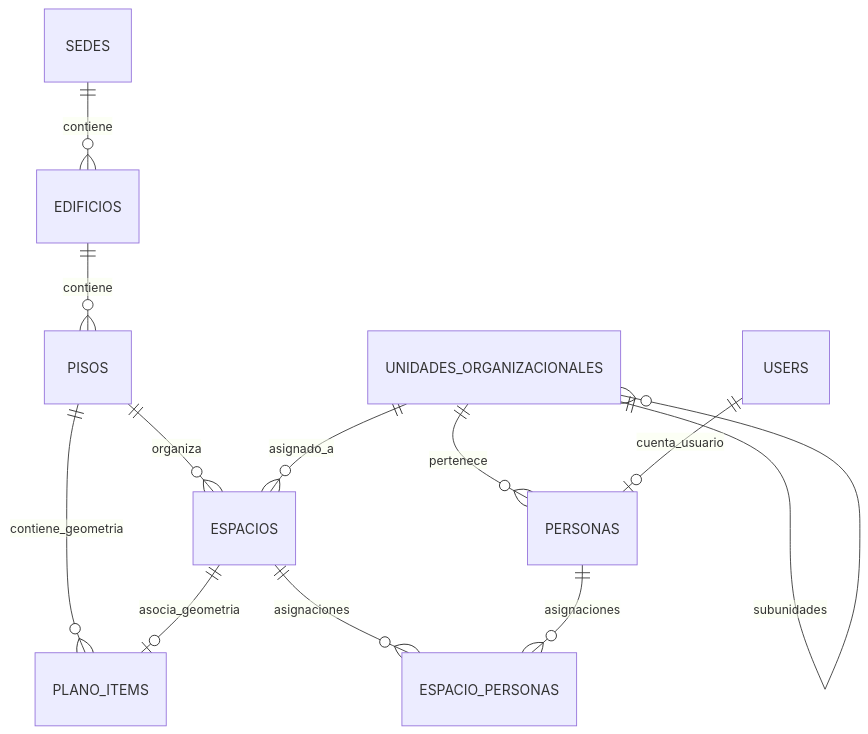
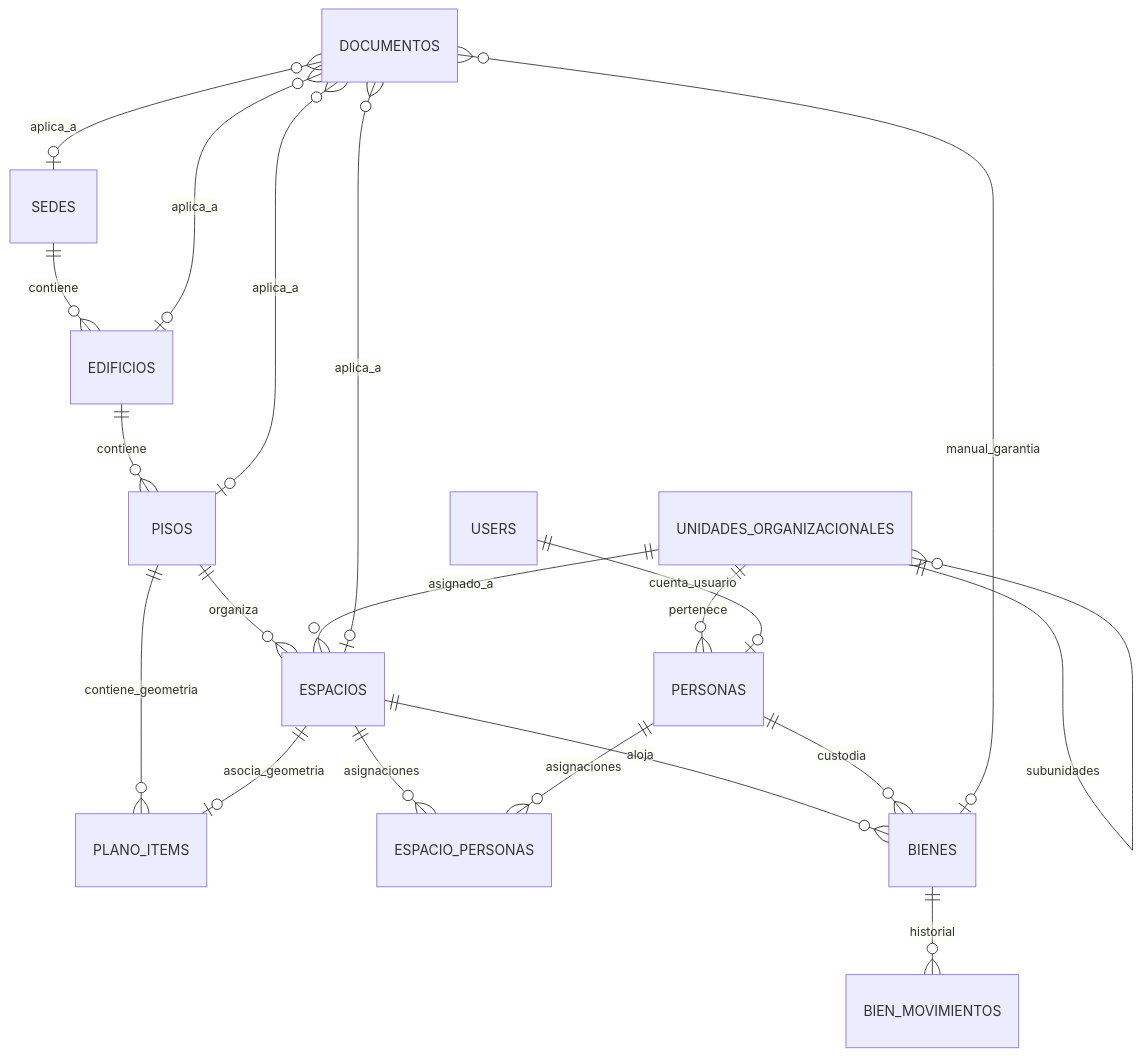
The diagram in docs/ai-context/data-model.md (jamesisla/minfra-kiro), drawn with Mermaid before and after one commit. The commit also changed other lines of this file and 20 other files, not shown here.

````diff
--- a/docs/ai-context/data-model.md
+++ b/docs/ai-context/data-model.md
@@ -135,16 +190,26 @@
 ```mermaid
 erDiagram
     SEDES ||--o{ EDIFICIOS : contiene
     EDIFICIOS ||--o{ PISOS : contiene
     PISOS ||--o{ ESPACIOS : organiza
     PISOS ||--o{ PLANO_ITEMS : contiene_geometria
     ESPACIOS ||--o| PLANO_ITEMS : asocia_geometria
 
     UNIDADES_ORGANIZACIONALES ||--o{ UNIDADES_ORGANIZACIONALES : subunidades
     UNIDADES_ORGANIZACIONALES ||--o{ PERSONAS : pertenece
     UNIDADES_ORGANIZACIONALES ||--o{ ESPACIOS : asignado_a
 
     ESPACIOS ||--o{ ESPACIO_PERSONAS : asignaciones
     PERSONAS ||--o{ ESPACIO_PERSONAS : asignaciones
     USERS ||--o| PERSONAS : cuenta_usuario
+
+    ESPACIOS ||--o{ BIENES : aloja
+    PERSONAS ||--o{ BIENES : custodia
+    BIENES ||--o{ BIEN_MOVIMIENTOS : historial
+
+    DOCUMENTOS }o--o| SEDES : aplica_a
+    DOCUMENTOS }o--o| EDIFICIOS : aplica_a
+    DOCUMENTOS }o--o| PISOS : aplica_a
+    DOCUMENTOS }o--o| ESPACIOS : aplica_a
+    DOCUMENTOS }o--o| BIENES : manual_garantia
 ```
````
